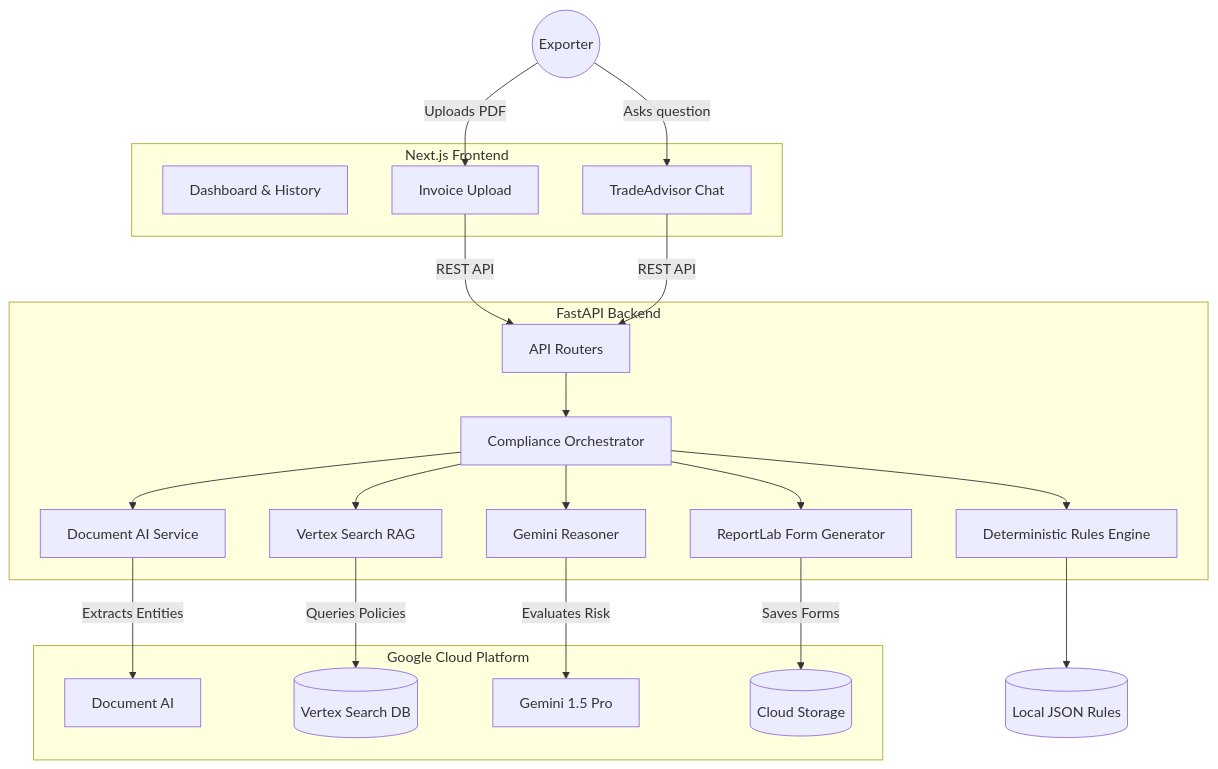
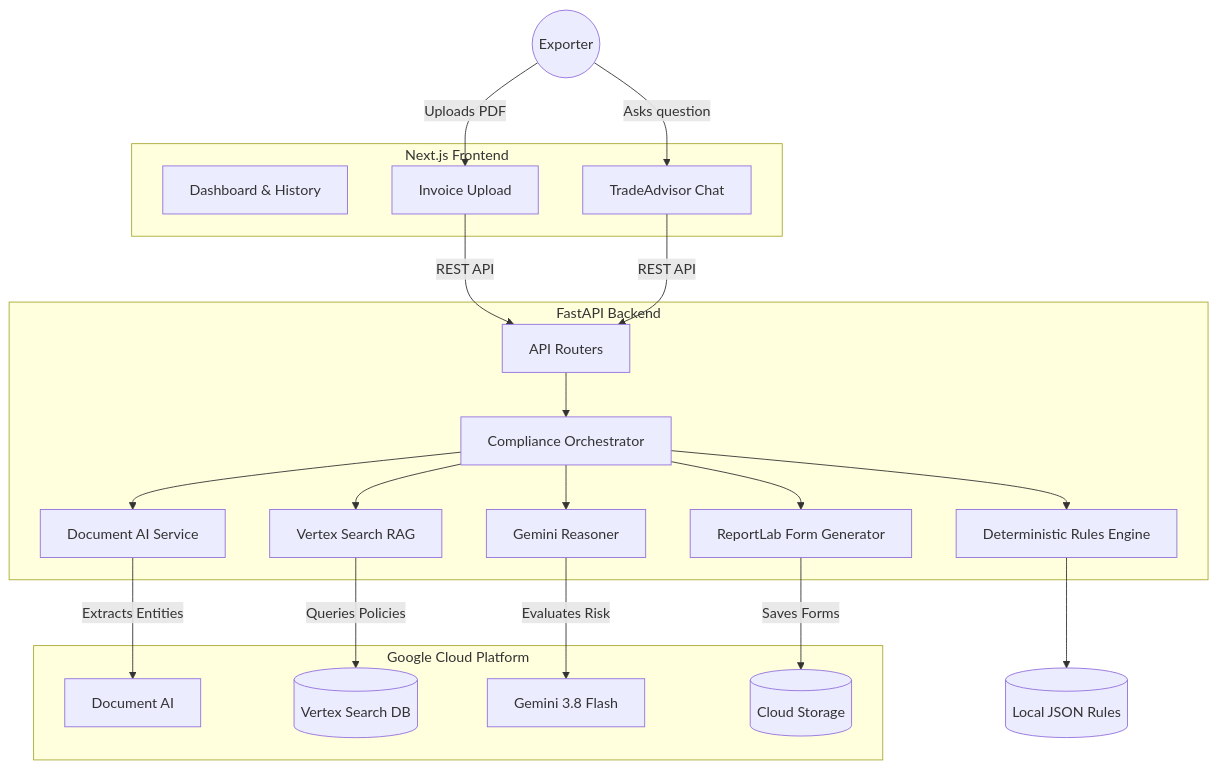
The diagram in README.md (RisheekNayak/AI-Builder-Cup-2026), drawn with Mermaid before and after one commit. The commit also changed other lines of this file and 21 other files, not shown here.

````diff
--- a/README.md
+++ b/README.md
@@ -25,58 +25,58 @@
 ```mermaid
 flowchart TD
     %% Users
     User((Exporter))
 
     %% Frontend
     subgraph Frontend_App ["Next.js Frontend"]
         Dashboard["Dashboard & History"]
         Upload["Invoice Upload"]
         Advisor["TradeAdvisor Chat"]
     end
 
     %% Backend
     subgraph Backend_App ["FastAPI Backend"]
         Router["API Routers"]
         Orchestrator["Compliance Orchestrator"]
         DocParser["Document AI Service"]
         RuleEngine["Deterministic Rules Engine"]
         RAG["Vertex Search RAG"]
         LLM["Gemini Reasoner"]
         PDFGen["ReportLab Form Generator"]
     end
 
     %% Google Cloud Platform
     subgraph GCP ["Google Cloud Platform"]
         DocAI["Document AI"]
         VertexSearch[("Vertex Search DB")]
-        Gemini["Gemini 1.5 Pro"]
+        Gemini["Gemini 3.8 Flash"]
         GCS[("Cloud Storage")]
     end
 
     LocalKB[("Local JSON Rules")]
 
     %% Connections
     User -->|"Uploads PDF"| Upload
     User -->|"Asks question"| Advisor
 
     Upload -->|"REST API"| Router
     Advisor -->|"REST API"| Router
 
     Router --> Orchestrator
 
     %% Orchestrator internal flow
     Orchestrator --> DocParser
     Orchestrator --> RuleEngine
     Orchestrator --> RAG
     Orchestrator --> LLM
     Orchestrator --> PDFGen
 
     %% External GCP Calls
     DocParser -->|"Extracts Entities"| DocAI
     RAG -->|"Queries Policies"| VertexSearch
     LLM -->|"Evaluates Risk"| Gemini
     PDFGen -->|"Saves Forms"| GCS
     
     %% Local DB Call
     RuleEngine --> LocalKB
 ```
````
